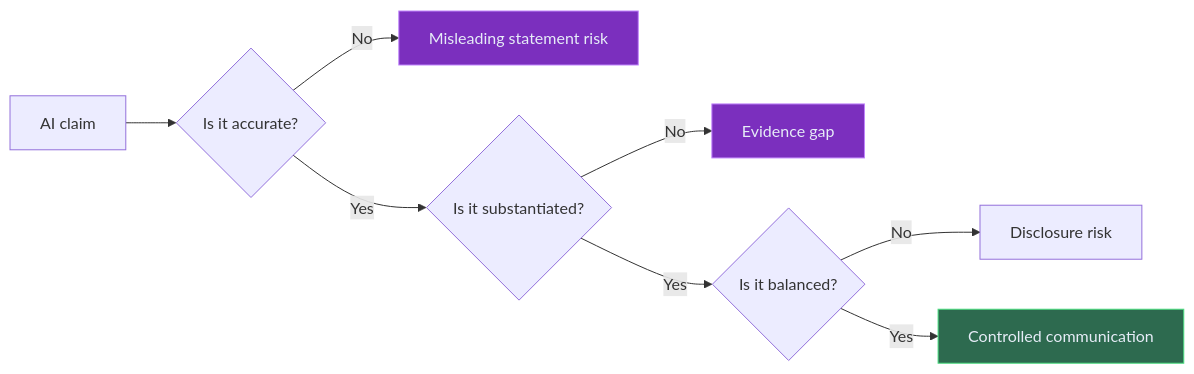
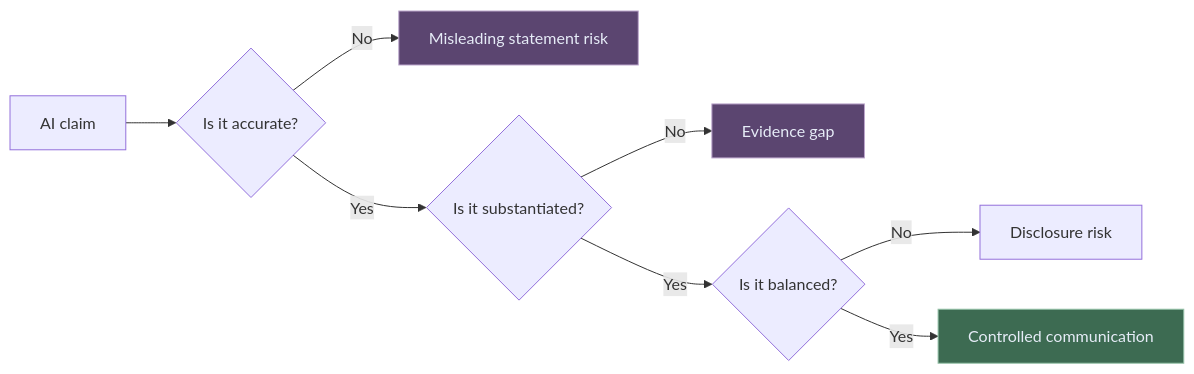
Before and after one commit to lorvexai/lorvexai: the first of 2 diagrams in blog/sec-and-ai-ai-washing-predictive-analytics-conflicts-disclosure-risk.md, drawn with Mermaid. The commit also changed other lines of this file and 16 other files, not shown here.

First line of the commit message:
Retune hardcoded Mermaid node colors to match the site palette

````diff
--- a/blog/sec-and-ai-ai-washing-predictive-analytics-conflicts-disclosure-risk.md
+++ b/blog/sec-and-ai-ai-washing-predictive-analytics-conflicts-disclosure-risk.md
@@ -26,14 +26,14 @@
 ```mermaid
 flowchart LR
   A[AI claim] --> B{Is it accurate?}
   B -->|No| C[Misleading statement risk]
   B -->|Yes| D{Is it substantiated?}
   D -->|No| E[Evidence gap]
   D -->|Yes| F{Is it balanced?}
   F -->|No| G[Disclosure risk]
   F -->|Yes| H[Controlled communication]
 
-  style C fill:#7B2FBE,stroke:#c084fc,color:#E6ECF7
-  style E fill:#7B2FBE,stroke:#c084fc,color:#E6ECF7
-  style H fill:#2D6A4F,stroke:#4ade80,color:#E6ECF7
+  style C fill:#5B4570,stroke:#BCA6CC,color:#E6ECF7
+  style E fill:#5B4570,stroke:#BCA6CC,color:#E6ECF7
+  style H fill:#3D6B52,stroke:#95C2A8,color:#E6ECF7
 ```
````
